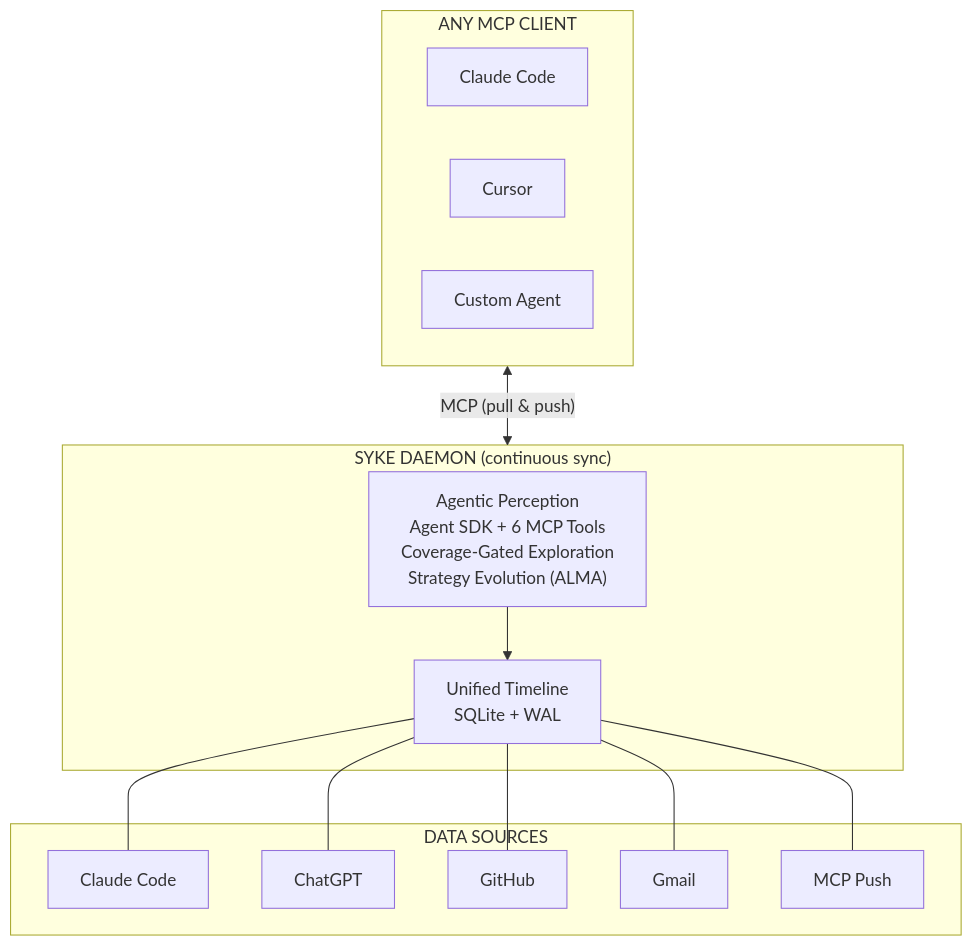
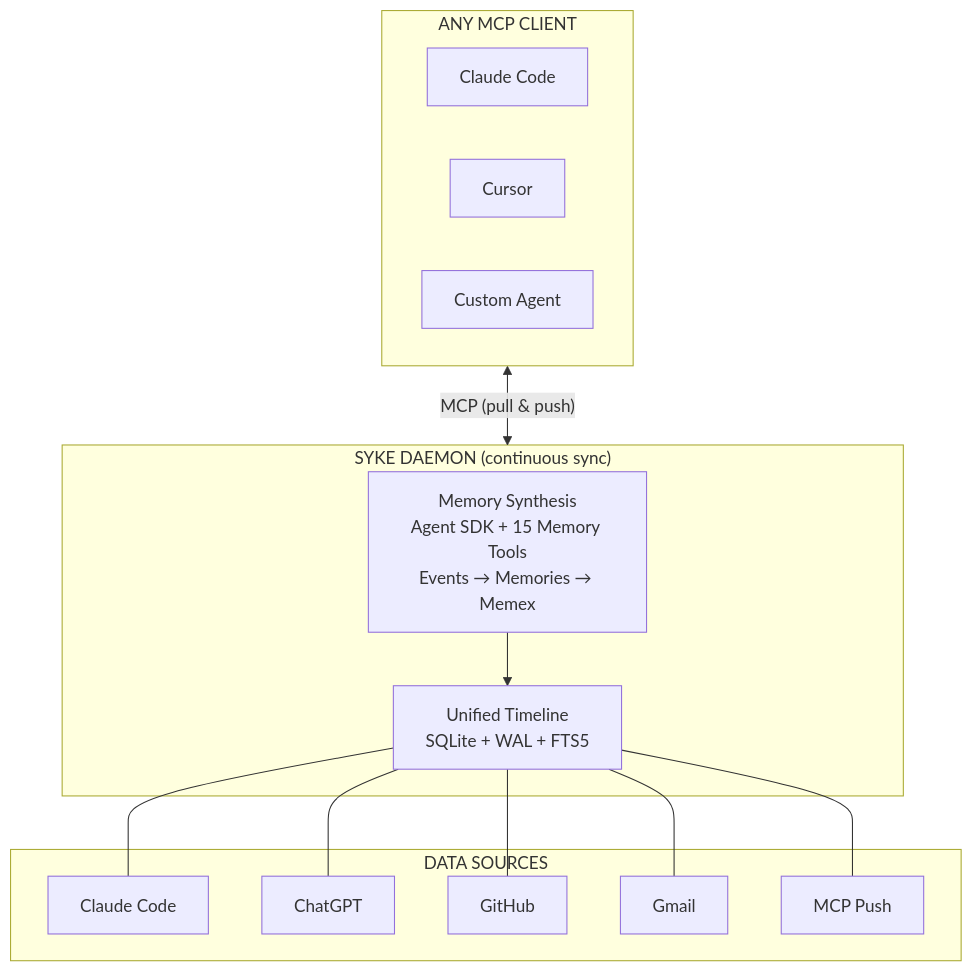
The diagram in docs-site/pages/guide/how-it-works.mdx (saxenauts/syke), drawn with Mermaid before and after one commit. The commit also changed other lines of this file and 18 other files, not shown here.

First line of the commit message:
docs: comprehensive update for memex architecture — remove all perception refs

````diff
--- a/docs-site/pages/guide/how-it-works.mdx
+++ b/docs-site/pages/guide/how-it-works.mdx
@@ -7,25 +7,25 @@
 ```mermaid
 graph TB
     subgraph Clients["ANY MCP CLIENT"]
         CC[Claude Code]
         CU[Cursor]
         CA[Custom Agent]
     end
 
     subgraph Syke["SYKE DAEMON (continuous sync)"]
-        IS["Agentic Perception\nAgent SDK + 6 MCP Tools\nCoverage-Gated Exploration\nStrategy Evolution (ALMA)"]
-        TL["Unified Timeline\nSQLite + WAL"]
+        IS["Memory Synthesis\nAgent SDK + 15 Memory Tools\nEvents → Memories → Memex"]
+        TL["Unified Timeline\nSQLite + WAL + FTS5"]
         IS --> TL
     end
 
     subgraph Sources["DATA SOURCES"]
         S1[Claude Code]
         S2[ChatGPT]
         S3[GitHub]
         S4[Gmail]
         S5[MCP Push]
     end
 
     Clients <-->|"MCP (pull & push)"| Syke
     TL --- S1 & S2 & S3 & S4 & S5
 ```
````
